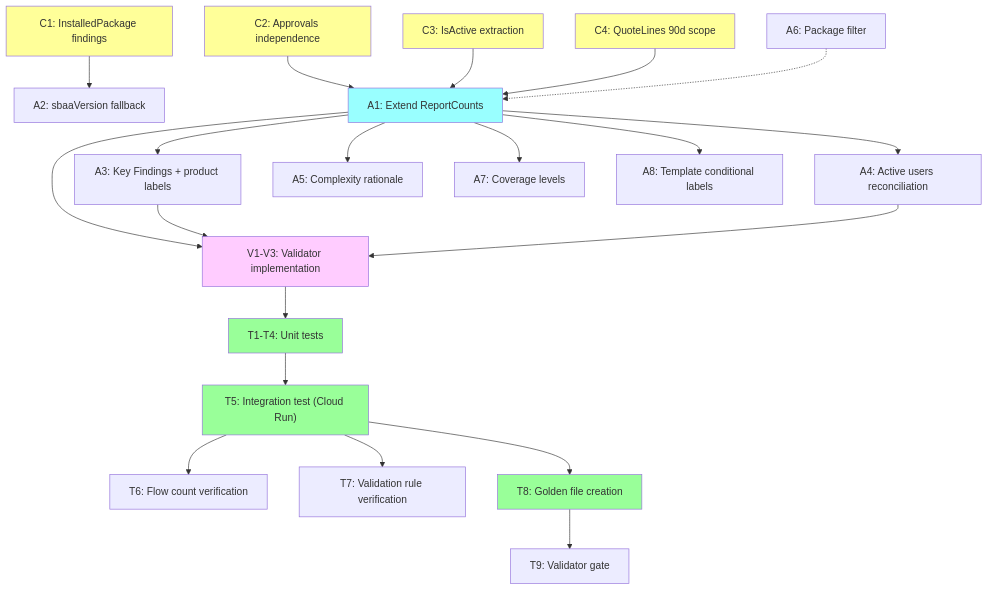
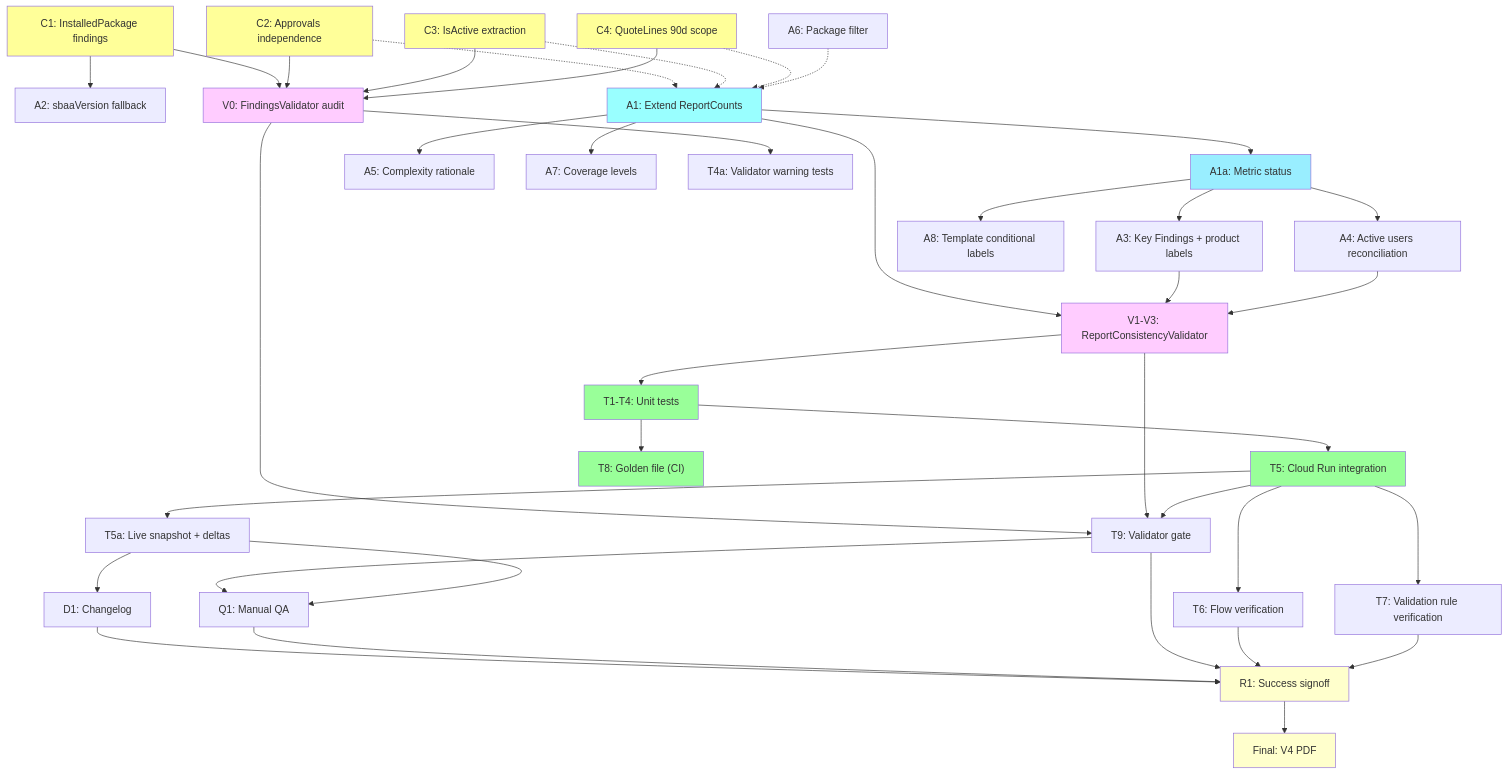
One commit to danielbenzimri/revbrain changed the second of 2 diagrams in docs/CPQ-REPORT-V4-MITIGATION-PLAN.md. Above: the diagram before and after it, drawn with Mermaid. The commit also changed other lines of this file, not shown here.

````diff
--- a/docs/CPQ-REPORT-V4-MITIGATION-PLAN.md
+++ b/docs/CPQ-REPORT-V4-MITIGATION-PLAN.md
@@ -411,35 +467,59 @@
 ```mermaid
 graph TD
     C1["C1: InstalledPackage findings"] --> A2["A2: sbaaVersion fallback"]
-    C2["C2: Approvals independence"] --> A1["A1: Extend ReportCounts"]
-    C3["C3: IsActive extraction"] --> A1
-    C4["C4: QuoteLines 90d scope"] --> A1
+    C2["C2: Approvals independence"] -.-> A1["A1: Extend ReportCounts"]
+    C3["C3: IsActive extraction"] -.-> A1
+    C4["C4: QuoteLines 90d scope"] -.-> A1
 
-    A1 --> A3["A3: Key Findings + product labels"]
-    A1 --> A4["A4: Active users reconciliation"]
+    A1 --> A1a["A1a: Metric status"]
+    A1a --> A3["A3: Key Findings + product labels"]
+    A1a --> A4["A4: Active users reconciliation"]
     A1 --> A5["A5: Complexity rationale"]
     A1 --> A7["A7: Coverage levels"]
-    A1 --> A8["A8: Template conditional labels"]
+    A1a --> A8["A8: Template conditional labels"]
     A6["A6: Package filter"] -.-> A1
 
-    A1 --> V1["V1-V3: Validator implementation"]
+    C1 --> V0["V0: FindingsValidator audit"]
+    C2 --> V0
+    C3 --> V0
+    C4 --> V0
+
+    A1 --> V1["V1-V3: ReportConsistencyValidator"]
     A3 --> V1
     A4 --> V1
 
+    V0 --> T4a["T4a: Validator warning tests"]
     V1 --> T1["T1-T4: Unit tests"]
-    T1 --> T5["T5: Integration test (Cloud Run)"]
-    T5 --> T6["T6: Flow count verification"]
+    T1 --> T5["T5: Cloud Run integration"]
+    T5 --> T5a["T5a: Live snapshot + deltas"]
+    T5a --> D1["D1: Changelog"]
+    T5 --> T6["T6: Flow verification"]
     T5 --> T7["T7: Validation rule verification"]
-    T5 --> T8["T8: Golden file creation"]
-    T8 --> T9["T9: Validator gate"]
+    V0 --> T9["T9: Validator gate"]
+    V1 --> T9
+    T5 --> T9
+    T1 --> T8["T8: Golden file (CI)"]
+
+    T9 --> Q1["Q1: Manual QA"]
+    T5a --> Q1
+    D1 --> R1["R1: Success signoff"]
+    Q1 --> R1
+    T9 --> R1
+    T6 --> R1
+    T7 --> R1
+    R1 --> Final["Final: V4 PDF"]
 
     style C1 fill:#ff9
     style C2 fill:#ff9
     style C3 fill:#ff9
     style C4 fill:#ff9
     style A1 fill:#9ff
+    style A1a fill:#9ef
+    style V0 fill:#fcf
     style V1 fill:#fcf
     style T1 fill:#9f9
     style T5 fill:#9f9
     style T8 fill:#9f9
+    style R1 fill:#ffc
+    style Final fill:#ffc
 ```
````
